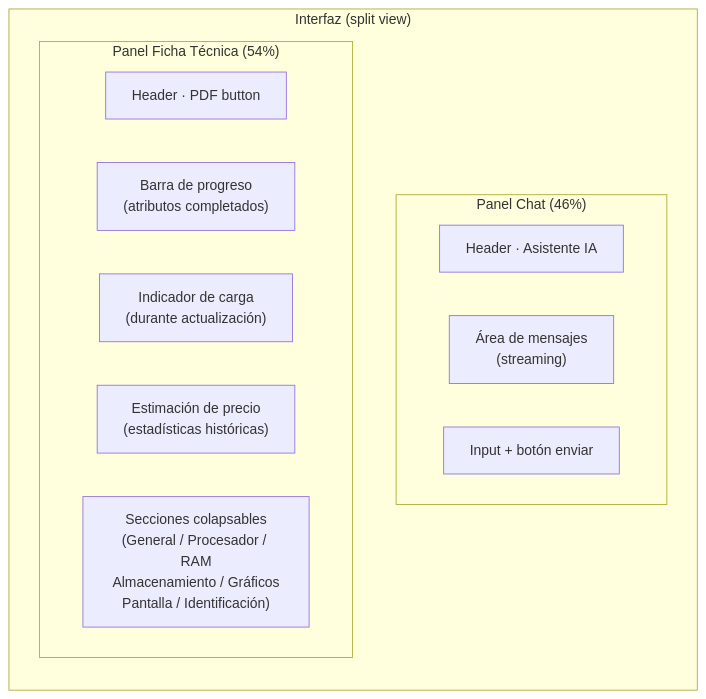
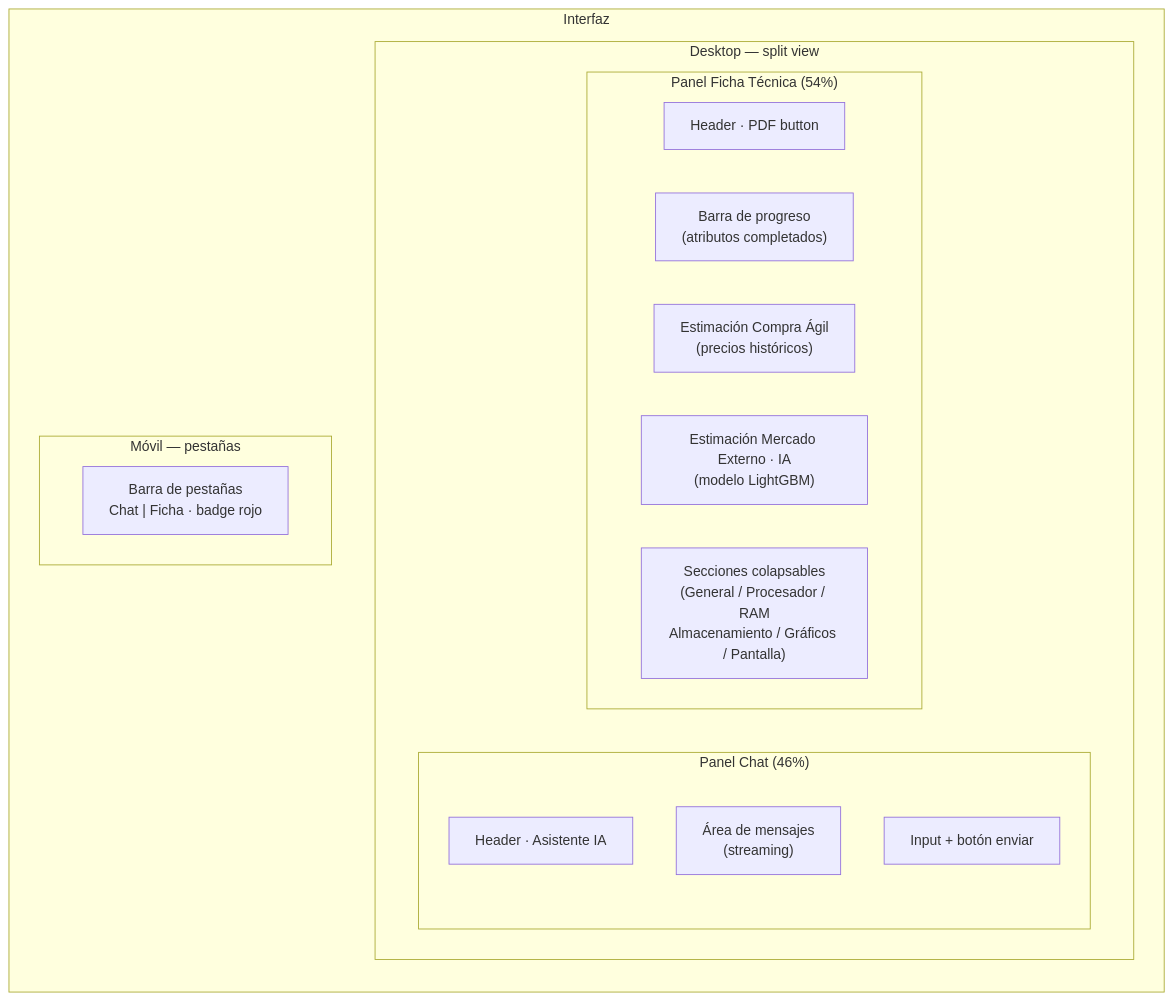
Before and after one commit to eduardomoyab/MVP1-AIChileCompra-frontend: the fourth of 5 diagrams in README.md, drawn with Mermaid. The commit also changed other lines of this file and 3 other files, not shown here.

Commit message:
Cambios en formato responsive, detalles a mostrar en precios, precio mercado externo.

````diff
--- a/README.md
+++ b/README.md
@@ -102,17 +110,22 @@
 ```mermaid
 graph LR
-    subgraph UI["Interfaz (split view)"]
-        subgraph chat["Panel Chat (46%)"]
-            H["Header · Asistente IA"]
-            MSG["Área de mensajes\n(streaming)"]
-            INP["Input + botón enviar"]
+    subgraph UI["Interfaz"]
+        subgraph desktop["Desktop — split view"]
+            subgraph chat["Panel Chat (46%)"]
+                H["Header · Asistente IA"]
+                MSG["Área de mensajes\n(streaming)"]
+                INP["Input + botón enviar"]
+            end
+            subgraph ficha["Panel Ficha Técnica (54%)"]
+                FH["Header · PDF button"]
+                PROG["Barra de progreso\n(atributos completados)"]
+                PRICE["Estimación Compra Ágil\n(precios históricos)"]
+                LGBM["Estimación Mercado Externo · IA\n(modelo LightGBM)"]
+                ATTRS["Secciones colapsables\n(General / Procesador / RAM\nAlmacenamiento / Gráficos / Pantalla)"]
+            end
         end
-        subgraph ficha["Panel Ficha Técnica (54%)"]
-            FH["Header · PDF button"]
-            PROG["Barra de progreso\n(atributos completados)"]
-            LOAD["Indicador de carga\n(durante actualización)"]
-            PRICE["Estimación de precio\n(estadísticas históricas)"]
-            ATTRS["Secciones colapsables\n(General / Procesador / RAM\nAlmacenamiento / Gráficos\nPantalla / Identificación)"]
+        subgraph mobile["Móvil — pestañas"]
+            TABS["Barra de pestañas\nChat | Ficha · badge rojo"]
         end
     end
 ```
````
